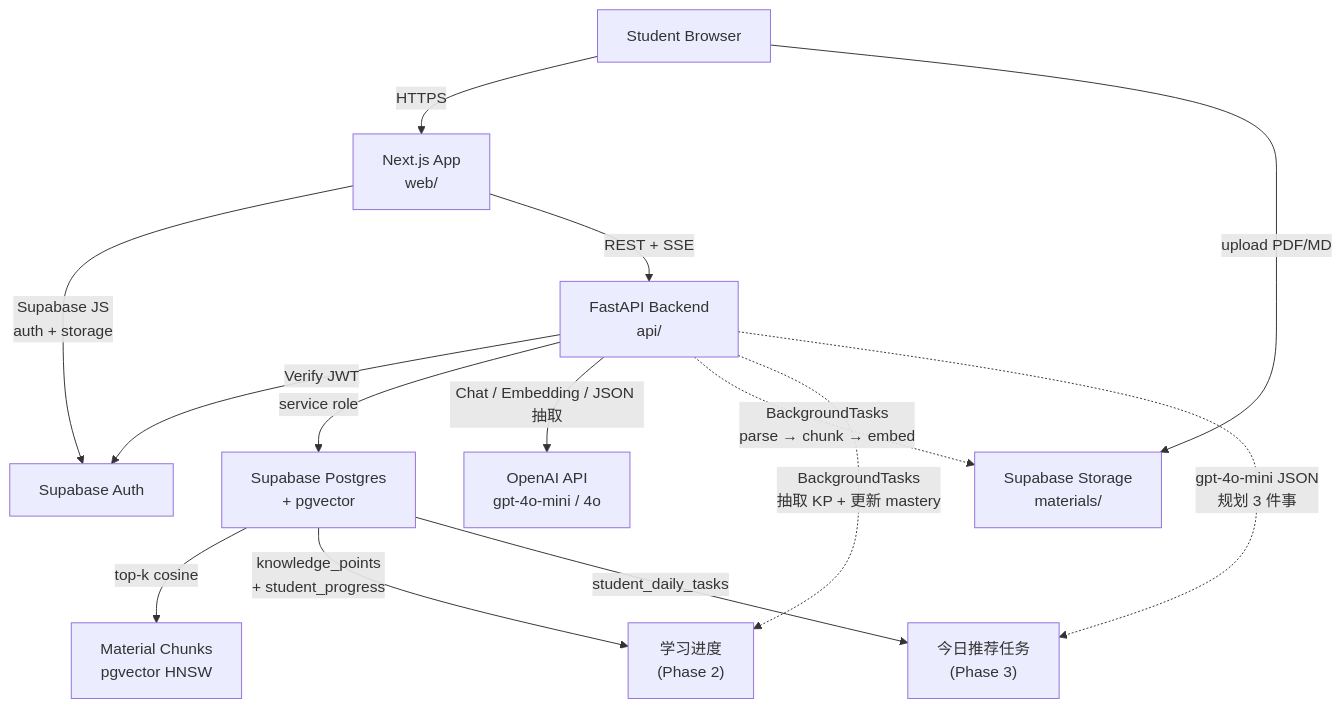
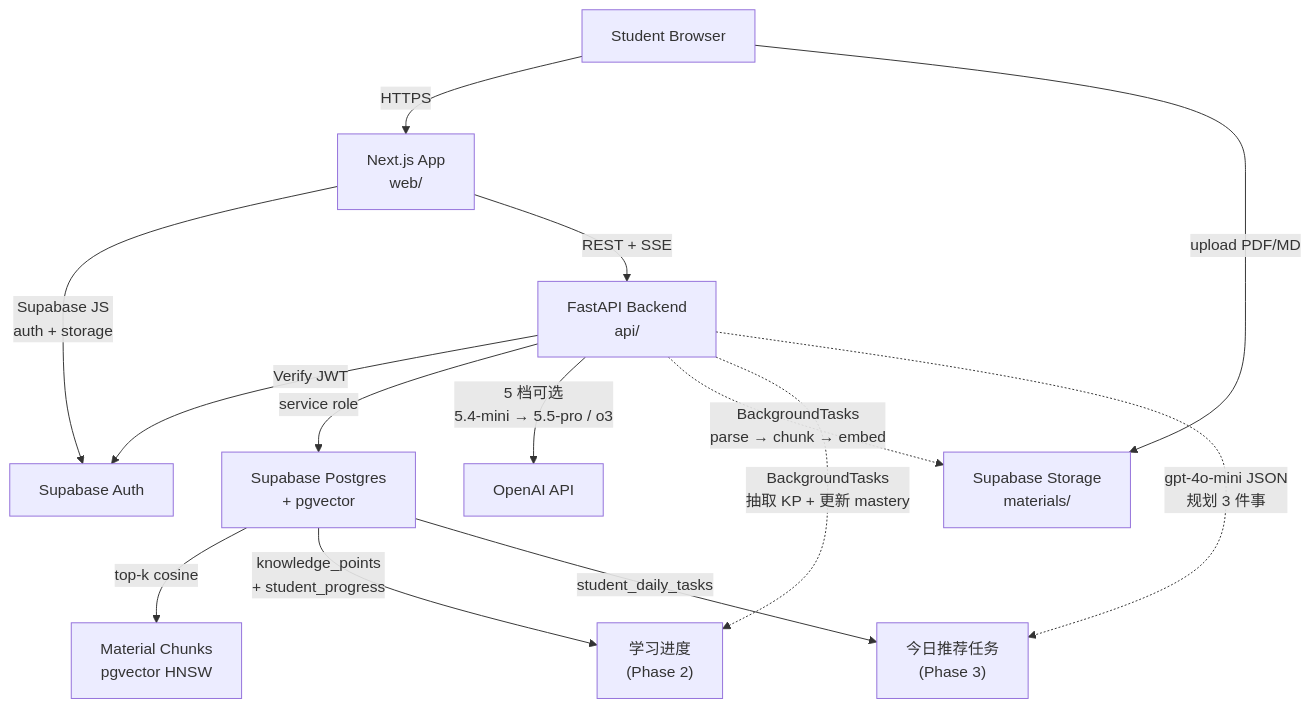
Before and after one commit to AllenLiuX/ai_study_platform: the diagram in README.md, drawn with Mermaid. The commit also changed other lines of this file and 22 other files, not shown here.

````diff
--- a/README.md
+++ b/README.md
@@ -129,16 +162,16 @@
 ```mermaid
 flowchart TB
   Browser["Student Browser"] -->|"HTTPS"| NextApp["Next.js App<br/>web/"]
   NextApp -->|"Supabase JS<br/>auth + storage"| SupabaseAuth["Supabase Auth"]
   NextApp -->|"REST + SSE"| FastAPI["FastAPI Backend<br/>api/"]
   FastAPI -->|"Verify JWT"| SupabaseAuth
   FastAPI -->|"service role"| SupabaseDB["Supabase Postgres<br/>+ pgvector"]
-  FastAPI -->|"Chat / Embedding / JSON 抽取"| OpenAI["OpenAI API<br/>gpt-4o-mini / 4o"]
+  FastAPI -->|"5 档可选<br/>5.4-mini → 5.5-pro / o3"| OpenAI["OpenAI API"]
   SupabaseDB -->|"top-k cosine"| RAG["Material Chunks<br/>pgvector HNSW"]
   SupabaseDB -->|"knowledge_points<br/>+ student_progress"| Progress["学习进度<br/>(Phase 2)"]
   SupabaseDB -->|"student_daily_tasks"| Tasks["今日推荐任务<br/>(Phase 3)"]
   Browser -->|"upload PDF/MD"| Storage["Supabase Storage<br/>materials/"]
   FastAPI -.->|"BackgroundTasks<br/>parse → chunk → embed"| Storage
   FastAPI -.->|"BackgroundTasks<br/>抽取 KP + 更新 mastery"| Progress
   FastAPI -.->|"gpt-4o-mini JSON<br/>规划 3 件事"| Tasks
 ```
````
